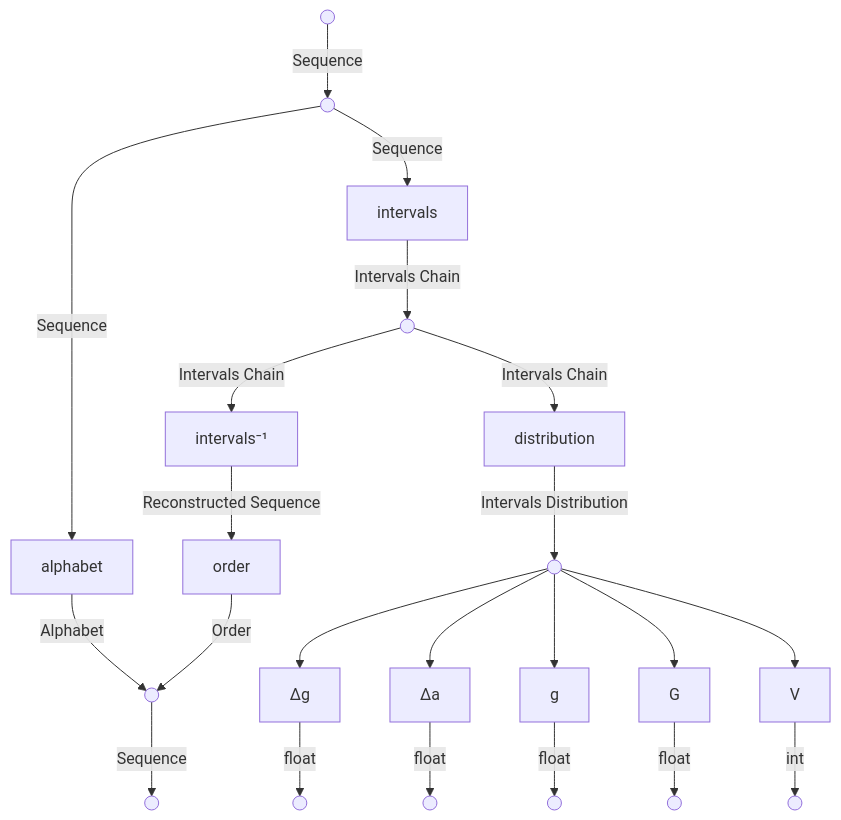
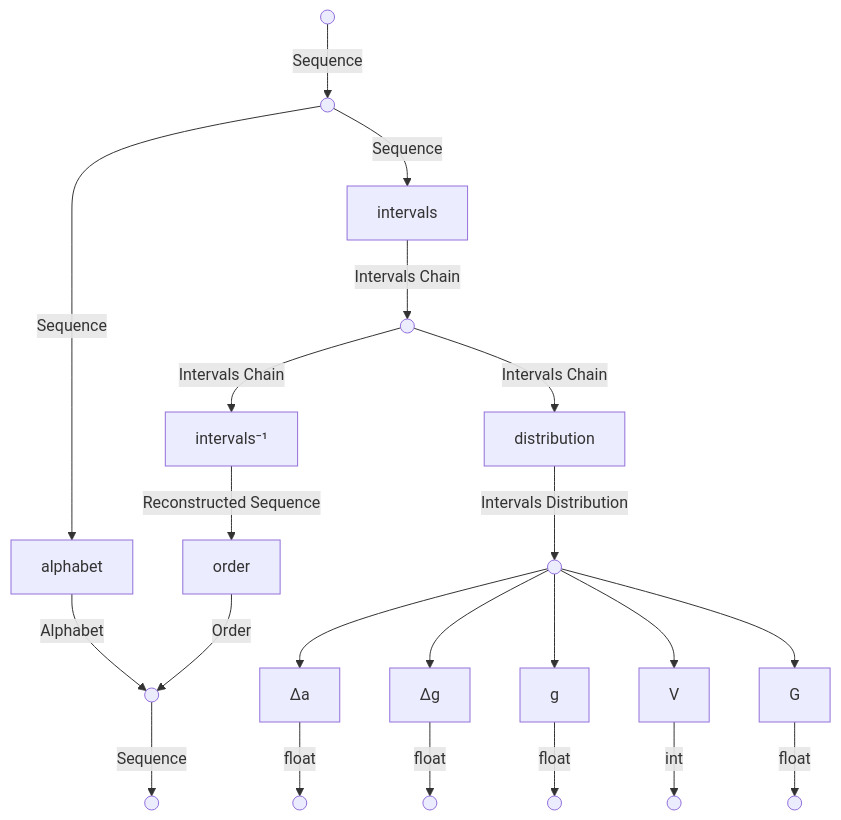
One commit to intervals-mining-lab/foapy changed the fourth of 4 diagrams in docs/fundamentals/order/index.md. Above: the diagram before and after it, drawn with Mermaid. The commit also changed other lines of this file and 12 other files, not shown here.

````diff
--- a/docs/fundamentals/order/index.md
+++ b/docs/fundamentals/order/index.md
@@ -213,25 +216,38 @@
     ```mermaid
     flowchart TB
         Start@{ shape: sm-circ, label: "" }-- Sequence -->fork1@{ shape: sm-circ, label: "" }
         fork1-- Sequence -->alphabet
         alphabet-- Alphabet -->OA@{ shape: cross-circ }
-        O@{label: "order"}-- Order -->OA@{ shape: sm-circ }
+        order-- Order -->OA@{ shape: sm-circ }
         OA-- Sequence -->End@{ shape: sm-circ }
 
         fork1@{ shape: sm-circ, label: "" }-- Sequence -->intervals
         intervals-- Intervals Chain -->fork@{ shape: sm-circ, label: "" }
         fork@{ shape: sm-circ, label: "" }-- Intervals Chain -->inverseIntervals@{ label: "intervals⁻¹" }
         fork@{ shape: sm-circ, label: "" }-- Intervals Chain -->distribution
-        inverseIntervals@{ label: "intervals⁻¹" }-- Reconstructed Sequence --> O@{label: "order"}
+        inverseIntervals@{ label: "intervals⁻¹" }-- Reconstructed Sequence --> order
         distribution-- Intervals Distribution --> M@{ shape: sm-circ, label: "order + alphabet" }
+        M --> da@{ label: "Δa" }
         M --> dg@{ label: "Δg" }
-        M --> da@{ label: "Δa" }
         M --> g@{ label: "g" }
+        M --> V@{ label: "V" }
         M --> G@{ label: "G" }
-        M --> V@{ label: "V" }
+        da -- float --> EndMeasureda@{ shape: sm-circ }
         dg -- float --> EndMeasuredg@{ shape: sm-circ }
-        da -- float --> EndMeasureda@{ shape: sm-circ }
         g -- float --> EndMeasureg@{ shape: sm-circ }
+        V -- int --> EndMeasureV@{ shape: sm-circ }
         G -- float --> EndMeasureG@{ shape: sm-circ }
-        V -- int --> EndMeasureV@{ shape: sm-circ }
+
+
+        click alphabet "./alphabet" "Alphabet"
+        click order "./order" "Order"
+        click intervals "./intervals_chain/#define-intervals-chain" "Intervals"
+        click inverseIntervals "./intervals_chain/#define-intervals-chain" "Intervals⁻"
+        click distribution "./intervals_distribution" "Distribution"
+        click distribution "./intervals_distribution" "Distribution"
+        click dg "./characteristics/geometric_mean" "Geomteric mean"
+        click da "./characteristics/arithmetic_mean" "Arithmetic mean"
+        click g "./characteristics/average_remoteness" "Average remoteness"
+        click G "./characteristics/depth" "Depth"
+        click V "./characteristics/volume" "Volume"
     ```
````
